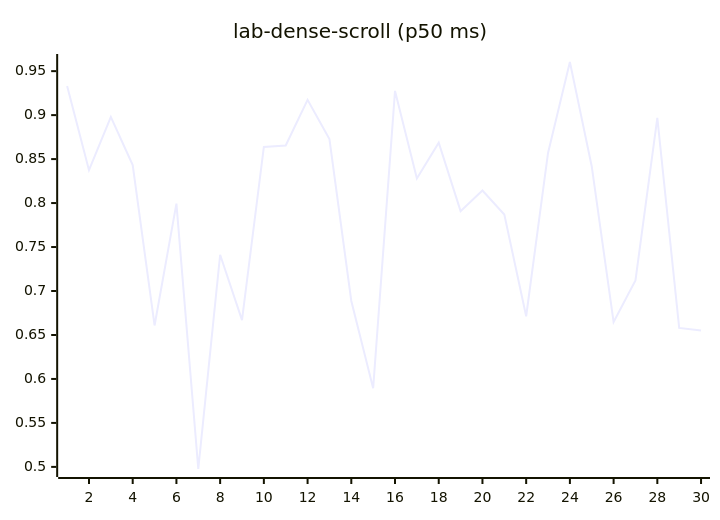
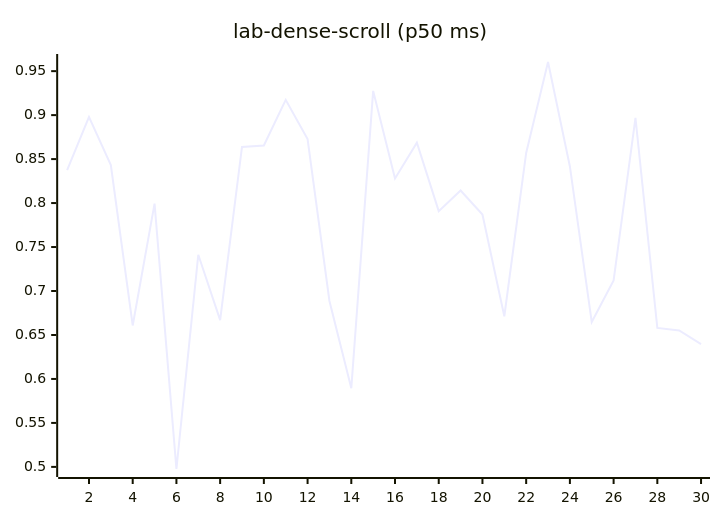
Before and after one commit to josha/Facet: diagram 12 of 27 in README.md, drawn with Mermaid. The commit also changed other lines of this file and 2 other files, not shown here.

````diff
--- a/README.md
+++ b/README.md
@@ -140,6 +140,6 @@
 ```mermaid
 xychart-beta
     title "lab-dense-scroll (p50 ms)"
     x-axis 1 --> 30
-    line [0.9331, 0.8374, 0.8979, 0.8432, 0.6608, 0.7993, 0.4976, 0.7412, 0.6669, 0.8638, 0.8655, 0.9174, 0.8727, 0.6887, 0.5895, 0.9275, 0.8280, 0.8687, 0.7908, 0.8143, 0.7869, 0.6713, 0.8570, 0.9604, 0.8416, 0.6647, 0.7120, 0.8968, 0.6580, 0.6552]
+    line [0.8374, 0.8979, 0.8432, 0.6608, 0.7993, 0.4976, 0.7412, 0.6669, 0.8638, 0.8655, 0.9174, 0.8727, 0.6887, 0.5895, 0.9275, 0.8280, 0.8687, 0.7908, 0.8143, 0.7869, 0.6713, 0.8570, 0.9604, 0.8416, 0.6647, 0.7120, 0.8968, 0.6580, 0.6552, 0.6397]
 ```
````
